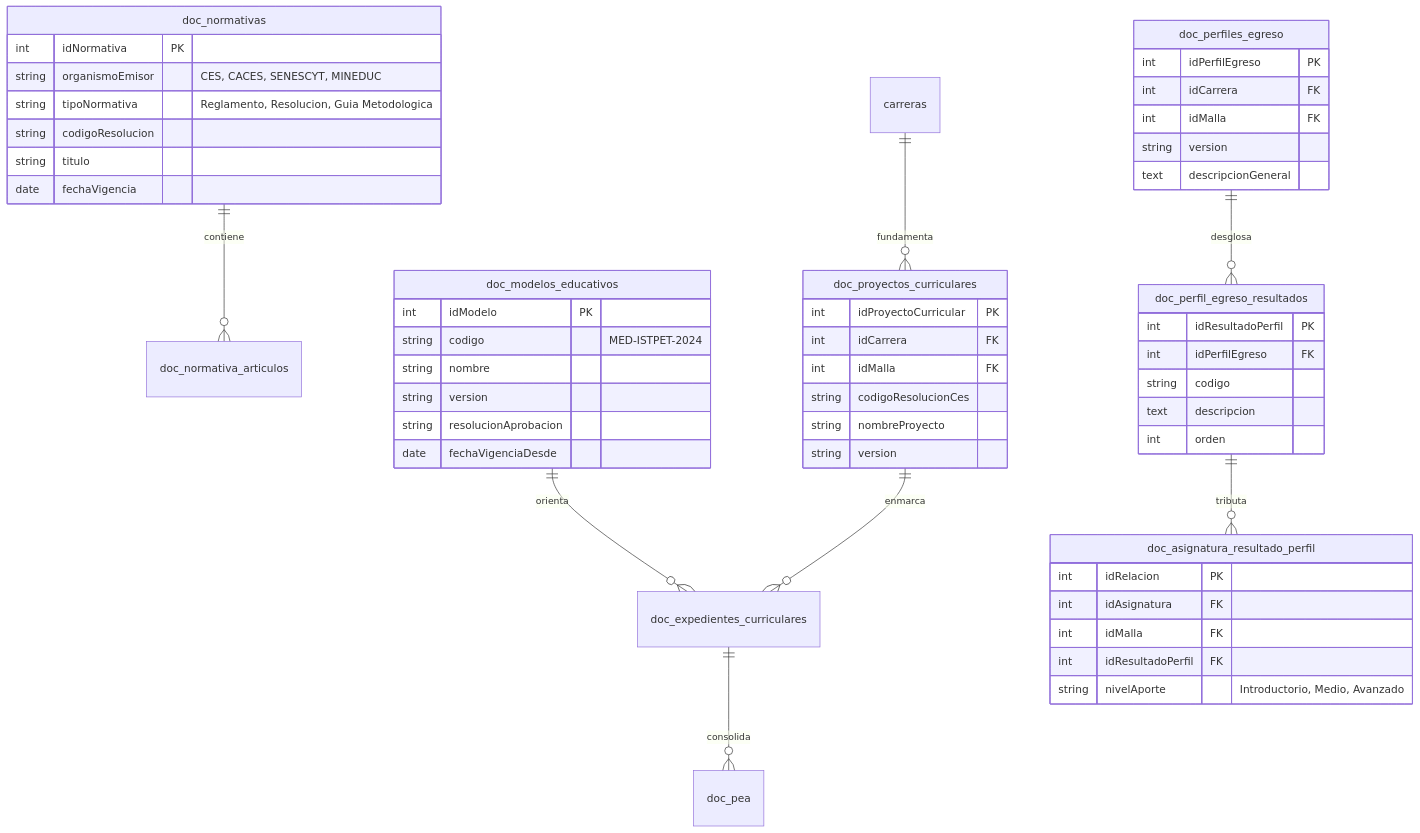
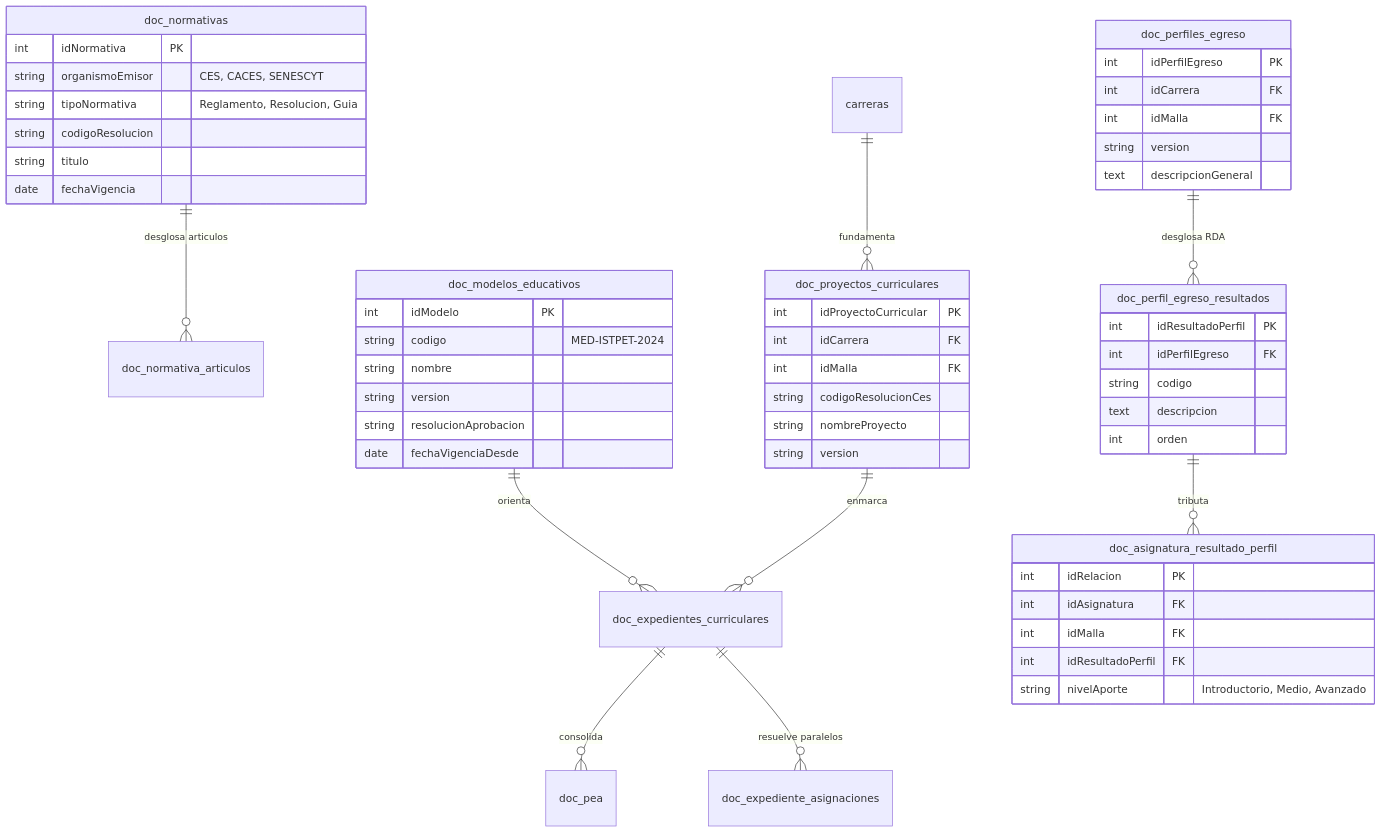
The second of 2 diagrams in docs/documentacion/04-base-de-datos/02-catalogos-normativa-ecuador.md (JorgeDoicela/dosier), drawn with Mermaid before and after one commit. The commit also changed other lines of this file and 35 other files, not shown here.

````diff
--- a/docs/documentacion/04-base-de-datos/02-catalogos-normativa-ecuador.md
+++ b/docs/documentacion/04-base-de-datos/02-catalogos-normativa-ecuador.md
@@ -69,61 +68,62 @@
 ```mermaid
 erDiagram
-    doc_normativas ||--o{ doc_normativa_articulos : contiene
-    carreras ||--o{ doc_proyectos_curriculares : fundamenta
-    doc_modelos_educativos ||--o{ doc_expedientes_curriculares : orienta
-    doc_proyectos_curriculares ||--o{ doc_expedientes_curriculares : enmarca
-    doc_perfiles_egreso ||--o{ doc_perfil_egreso_resultados : desglosa
-    doc_perfil_egreso_resultados ||--o{ doc_asignatura_resultado_perfil : tributa
-    doc_expedientes_curriculares ||--o{ doc_pea : consolida
+    doc_normativas ||--o{ doc_normativa_articulos : "desglosa articulos"
+    carreras ||--o{ doc_proyectos_curriculares : "fundamenta"
+    doc_modelos_educativos ||--o{ doc_expedientes_curriculares : "orienta"
+    doc_proyectos_curriculares ||--o{ doc_expedientes_curriculares : "enmarca"
+    doc_perfiles_egreso ||--o{ doc_perfil_egreso_resultados : "desglosa RDA"
+    doc_perfil_egreso_resultados ||--o{ doc_asignatura_resultado_perfil : "tributa"
+    doc_expedientes_curriculares ||--o{ doc_pea : "consolida"
+    doc_expedientes_curriculares ||--o{ doc_expediente_asignaciones : "resuelve paralelos"
 
     doc_normativas {
         int idNormativa PK
-        string organismoEmisor "CES, CACES, SENESCYT, MINEDUC"
-        string tipoNormativa "Reglamento, Resolucion, Guia Metodologica"
+        string organismoEmisor "CES, CACES, SENESCYT"
+        string tipoNormativa "Reglamento, Resolucion, Guia"
         string codigoResolucion
         string titulo
         date fechaVigencia
     }
 
     doc_modelos_educativos {
         int idModelo PK
         string codigo "MED-ISTPET-2024"
         string nombre
         string version
         string resolucionAprobacion
         date fechaVigenciaDesde
     }
 
     doc_proyectos_curriculares {
         int idProyectoCurricular PK
         int idCarrera FK
         int idMalla FK
         string codigoResolucionCes
         string nombreProyecto
         string version
     }
 
     doc_perfiles_egreso {
         int idPerfilEgreso PK
         int idCarrera FK
         int idMalla FK
         string version
         text descripcionGeneral
     }
 
     doc_perfil_egreso_resultados {
         int idResultadoPerfil PK
         int idPerfilEgreso FK
         string codigo
         text descripcion
         int orden
     }
 
     doc_asignatura_resultado_perfil {
         int idRelacion PK
         int idAsignatura FK
         int idMalla FK
         int idResultadoPerfil FK
         string nivelAporte "Introductorio, Medio, Avanzado"
     }
 ```
````
